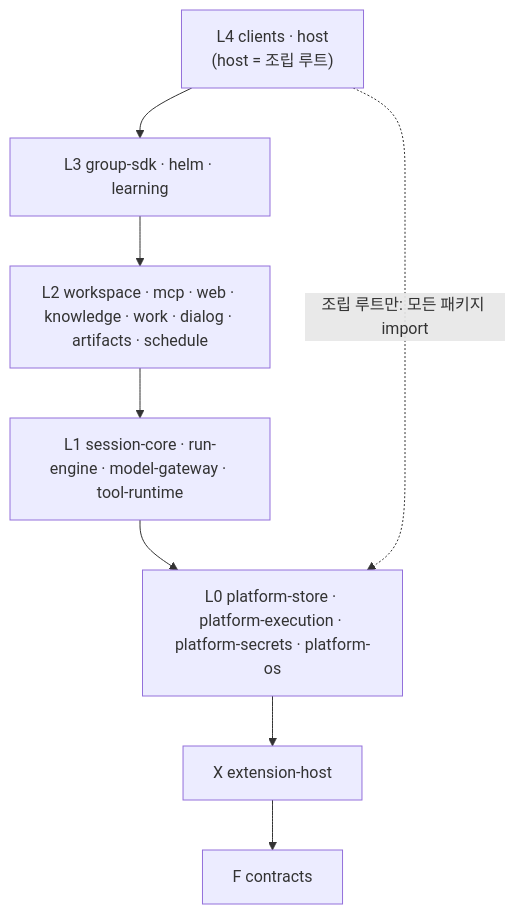
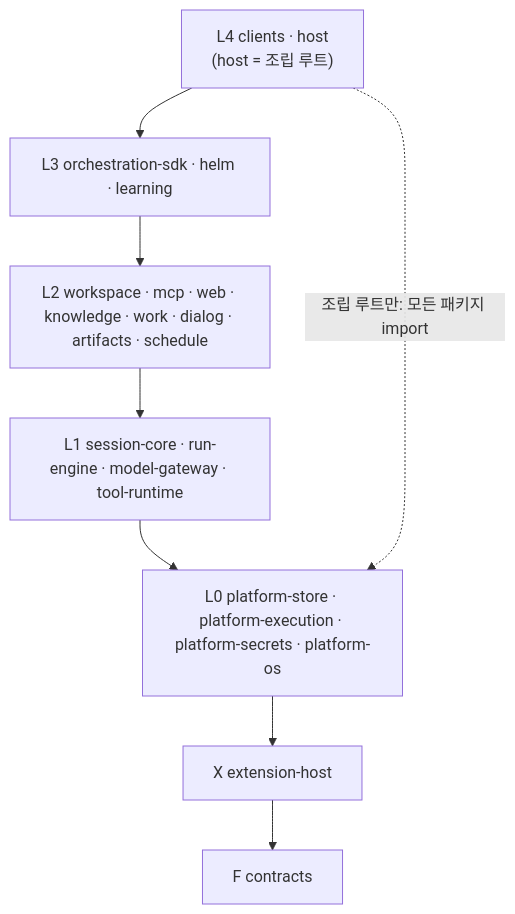
Before and after one commit to Rengod95/Helm-Agent_Docs_OS: the second of 2 diagrams in docs/xeon/engineering/context-map/design.md, drawn with Mermaid. The commit also changed other lines of this file and 538 other files, not shown here.

First line of the commit message:
fresnel(group): 패키지와 폴더 이름을 바꾼다: group-sdk → orchestration-sdk, group-<이름> → plugin-<이름>, 템플릿 @fresnel/plugin-__ID__ (AGE-33)

````diff
--- a/docs/xeon/engineering/context-map/design.md
+++ b/docs/xeon/engineering/context-map/design.md
@@ -174,10 +174,10 @@
 ```mermaid
 flowchart TD
-  L4["L4 clients · host<br/>(host = 조립 루트)"] --> L3["L3 group-sdk · helm · learning"]
+  L4["L4 clients · host<br/>(host = 조립 루트)"] --> L3["L3 orchestration-sdk · helm · learning"]
   L3 --> L2["L2 workspace · mcp · web · knowledge · work · dialog · artifacts · schedule"]
   L2 --> L1["L1 session-core · run-engine · model-gateway · tool-runtime"]
   L1 --> L0["L0 platform-store · platform-execution · platform-secrets · platform-os"]
   L0 --> X["X extension-host"]
   X --> F["F contracts"]
   L4 -.->|"조립 루트만: 모든 패키지 import"| L0
 ```
````
